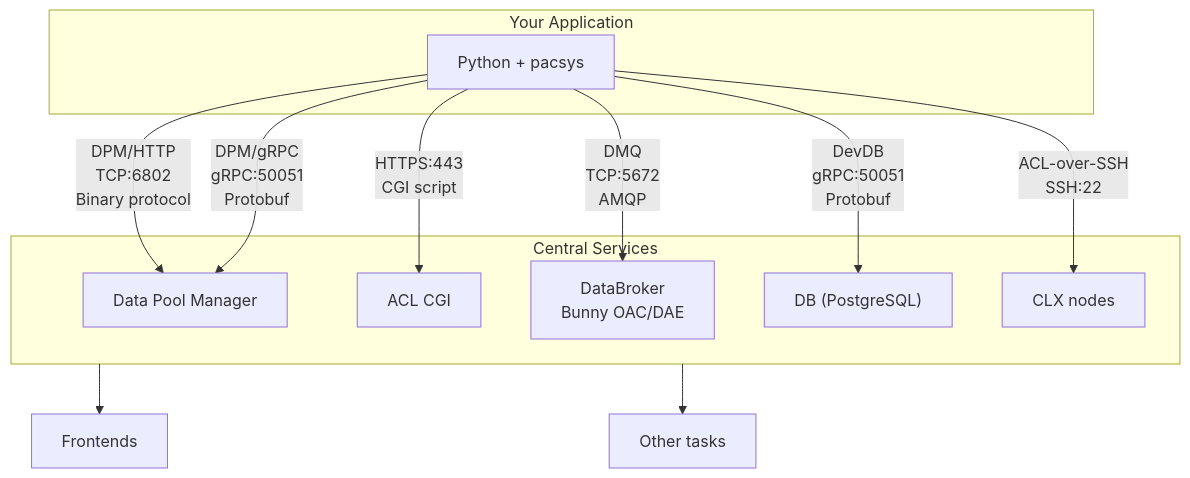
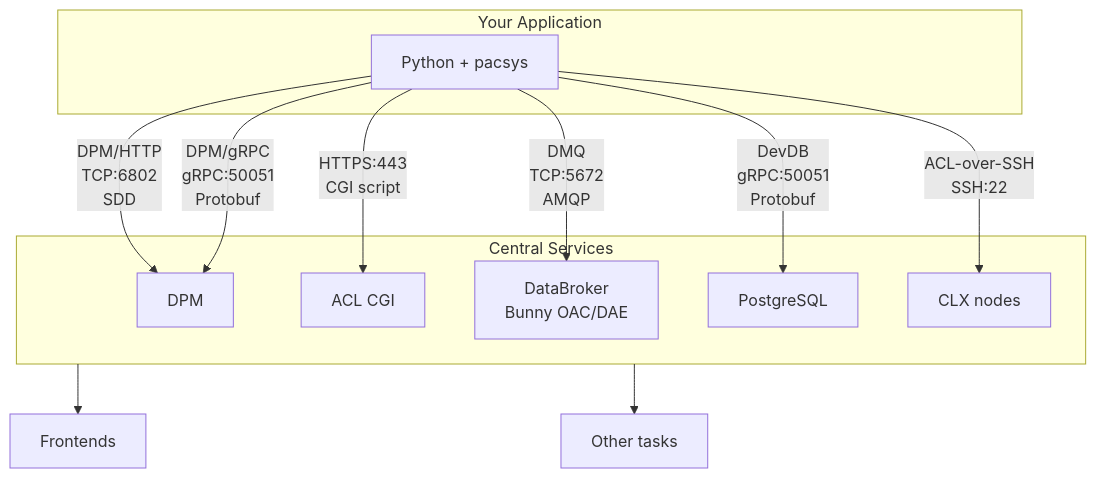
One commit to beauremus/pacsys changed the diagram in docs/backends/index.md. Above: the diagram before and after it, drawn with Mermaid. The commit also changed other lines of this file and 3 other files, not shown here.

````diff
--- a/docs/backends/index.md
+++ b/docs/backends/index.md
@@ -7,27 +7,27 @@
 ```mermaid
 flowchart TB
     subgraph App[Your Application]
         P[Python + pacsys]
     end
 
     subgraph CS[Central Services]
-        DPM[Data Pool Manager]
+        DPM[DPM]
         ACL[ACL CGI]
         DMQ[DataBroker<br>Bunny OAC/DAE]
-        DB["DB (PostgreSQL)"]
+        DB[PostgreSQL]
         CLX[CLX nodes]
     end
 
     FE[Frontends]
     OT[Other tasks]
 
-    P -->|DPM/HTTP<br>TCP:6802<br>Binary protocol| DPM
+    P -->|DPM/HTTP<br>TCP:6802<br>SDD| DPM
     P -->|DPM/gRPC<br>gRPC:50051<br>Protobuf| DPM
     P -->|HTTPS:443<br>CGI script| ACL
     P -->|DMQ<br>TCP:5672<br>AMQP| DMQ
     P -->|DevDB<br>gRPC:50051<br>Protobuf| DB
     P -->|ACL-over-SSH<br>SSH:22| CLX
 
     CS --> FE
     CS --> OT
 ```
````
